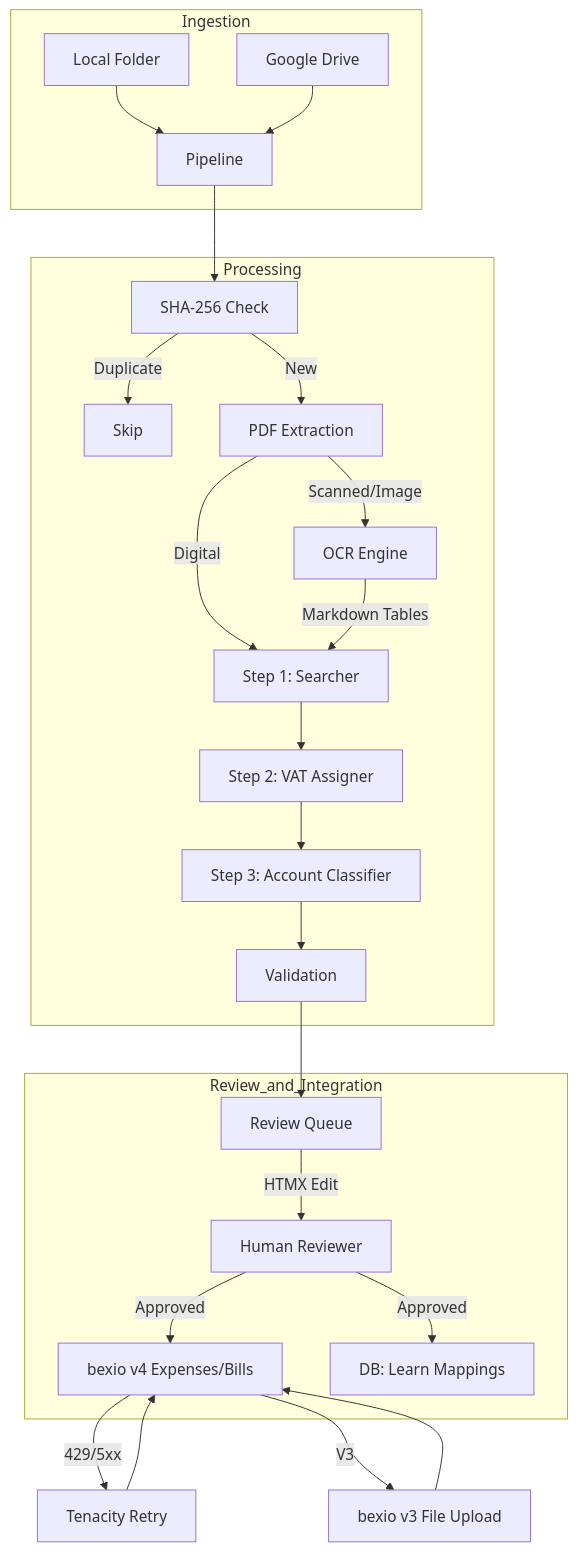
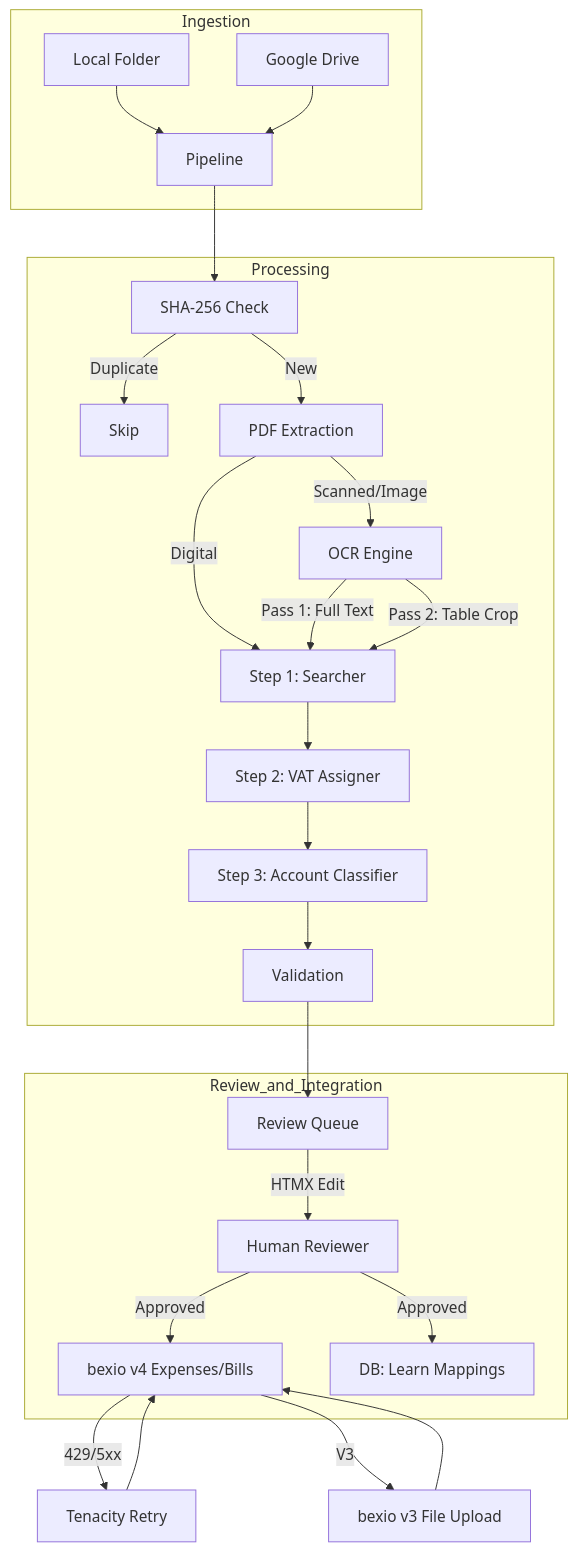
The diagram in docs/ARCHITECTURE.md (tazztone/bexio-receipts), drawn with Mermaid before and after one commit. The commit also changed other lines of this file and 8 other files, not shown here.

First line of the commit message:
feat(ocr): implement robust two-pass VAT extraction

````diff
--- a/docs/ARCHITECTURE.md
+++ b/docs/ARCHITECTURE.md
@@ -10,31 +10,32 @@
 ```mermaid
 graph TD
     subgraph Ingestion
         WatchedDir[Local Folder] --> P[Pipeline]
         GDrive[Google Drive] --> P
     end
 
     subgraph Processing
         P --> DB_Hash[SHA-256 Check]
         DB_Hash -- Duplicate --> Skip[Skip]
         DB_Hash -- New --> PDF_Check[PDF Extraction]
         PDF_Check -- Scanned/Image --> OCR[OCR Engine]
         PDF_Check -- Digital --> LLM_S1[Step 1: Searcher]
-        OCR -- Markdown Tables --> LLM_S1
+        OCR -- Pass 1: Full Text --> LLM_S1
+        OCR -- Pass 2: Table Crop --> LLM_S1
         LLM_S1 --> LLM_S2[Step 2: VAT Assigner]
         LLM_S2 --> LLM_S3[Step 3: Account Classifier]
         LLM_S3 --> VAL[Validation]
     end
 
     subgraph Review_and_Integration
         VAL --> Review[Review Queue]
         Review -- HTMX Edit --> Human[Human Reviewer]
         Human -- Approved --> BEX_V4[bexio v4 Expenses/Bills]
         Human -- Approved --> DB_Learn[DB: Learn Mappings]
     end
 
     BEX_V4 -- 429/5xx --> Retry[Tenacity Retry]
     Retry --> BEX_V4
     BEX_V4 -- V3 --> Upload[bexio v3 File Upload]
     Upload --> BEX_V4
 ```
````
